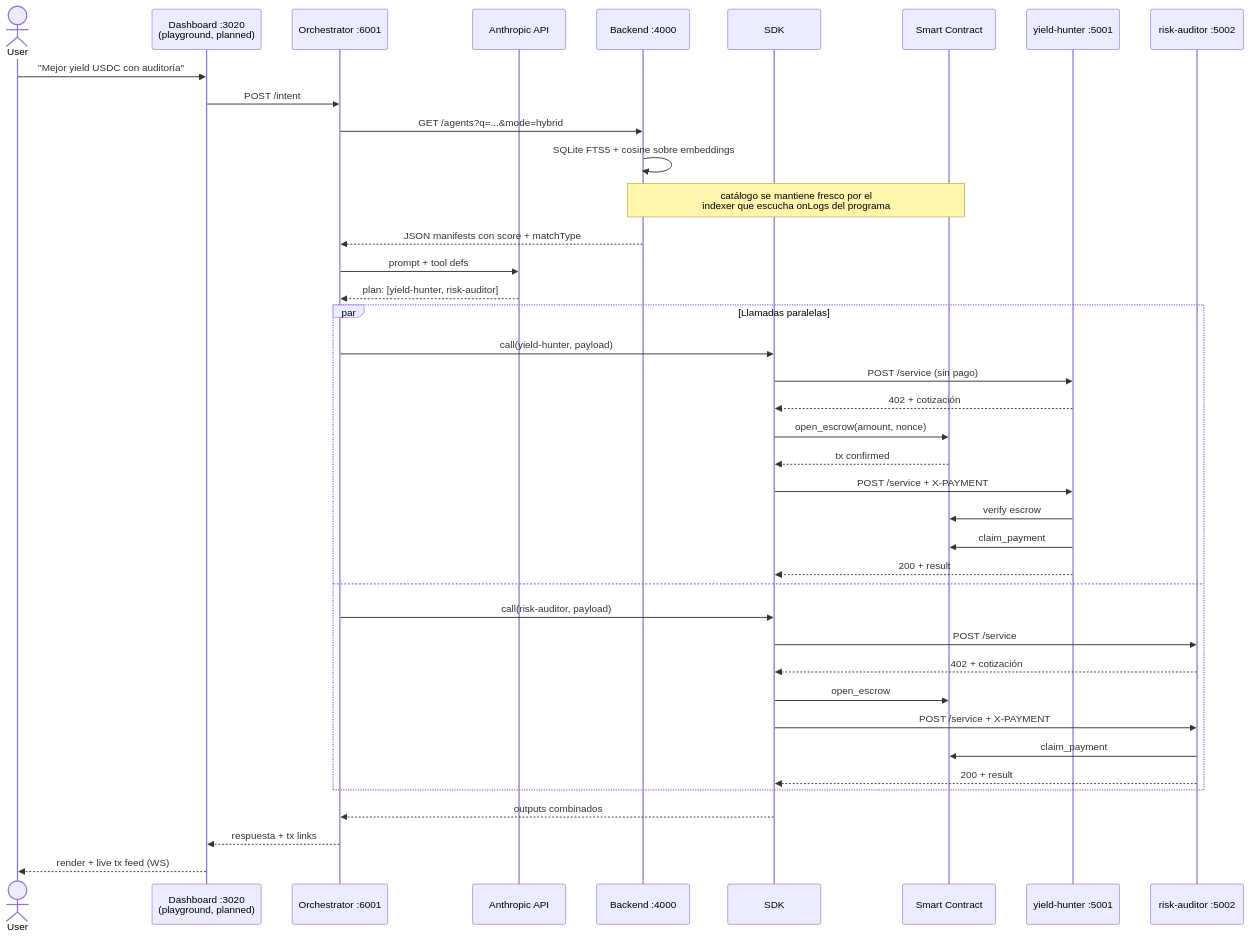
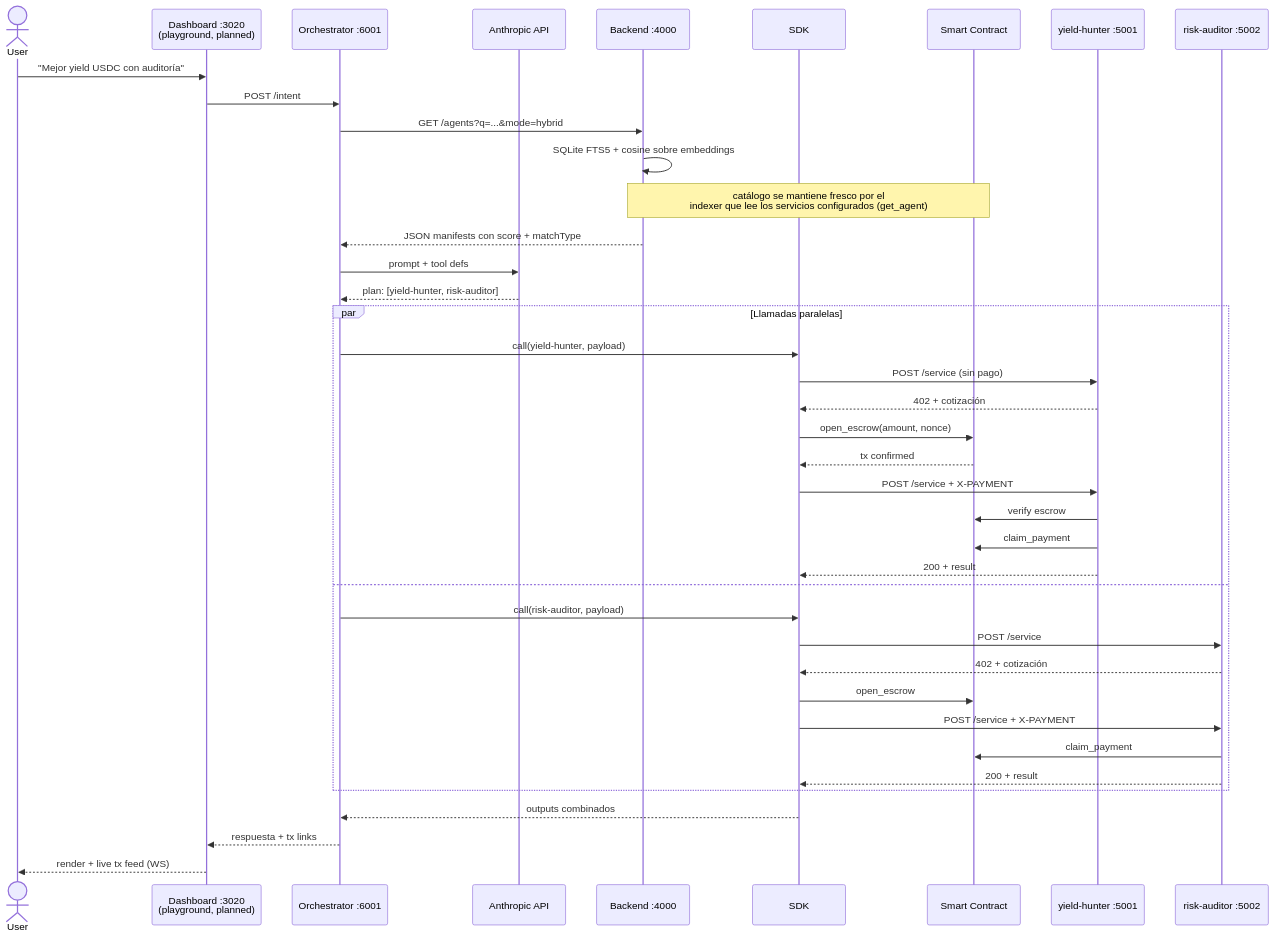
One commit to CoKeFish/kiba changed the sixth of 11 diagrams in docs/architecture.md. Above: the diagram before and after it, drawn with Mermaid. The commit also changed other lines of this file and 52 other files, not shown here.

First line of the commit message:
docs+assets: Stellar/Soroban README & architecture + kiba raster

````diff
--- a/docs/architecture.md
+++ b/docs/architecture.md
@@ -278,46 +277,46 @@
 ```mermaid
 sequenceDiagram
     actor User
     participant DASH as Dashboard :3020<br/>(playground, planned)
     participant ORCH as Orchestrator :6001
     participant LLM as Anthropic API
     participant BE as Backend :4000
     participant SDK as SDK
     participant SC as Smart Contract
     participant A1 as yield-hunter :5001
     participant A2 as risk-auditor :5002
 
     User->>DASH: "Mejor yield USDC con auditoría"
     DASH->>ORCH: POST /intent
     ORCH->>BE: GET /agents?q=...&mode=hybrid
     BE->>BE: SQLite FTS5 + cosine sobre embeddings
-    Note over BE,SC: catálogo se mantiene fresco por el<br/>indexer que escucha onLogs del programa
+    Note over BE,SC: catálogo se mantiene fresco por el<br/>indexer que lee los servicios configurados (get_agent)
     BE-->>ORCH: JSON manifests con score + matchType
 
     ORCH->>LLM: prompt + tool defs
     LLM-->>ORCH: plan: [yield-hunter, risk-auditor]
 
     par Llamadas paralelas
         ORCH->>SDK: call(yield-hunter, payload)
         SDK->>A1: POST /service (sin pago)
         A1-->>SDK: 402 + cotización
         SDK->>SC: open_escrow(amount, nonce)
         SC-->>SDK: tx confirmed
         SDK->>A1: POST /service + X-PAYMENT
         A1->>SC: verify escrow
         A1->>SC: claim_payment
         A1-->>SDK: 200 + result
     and
         ORCH->>SDK: call(risk-auditor, payload)
         SDK->>A2: POST /service
         A2-->>SDK: 402 + cotización
         SDK->>SC: open_escrow
         SDK->>A2: POST /service + X-PAYMENT
         A2->>SC: claim_payment
         A2-->>SDK: 200 + result
     end
 
     SDK-->>ORCH: outputs combinados
     ORCH-->>DASH: respuesta + tx links
     DASH-->>User: render + live tx feed (WS)
 ```
````
